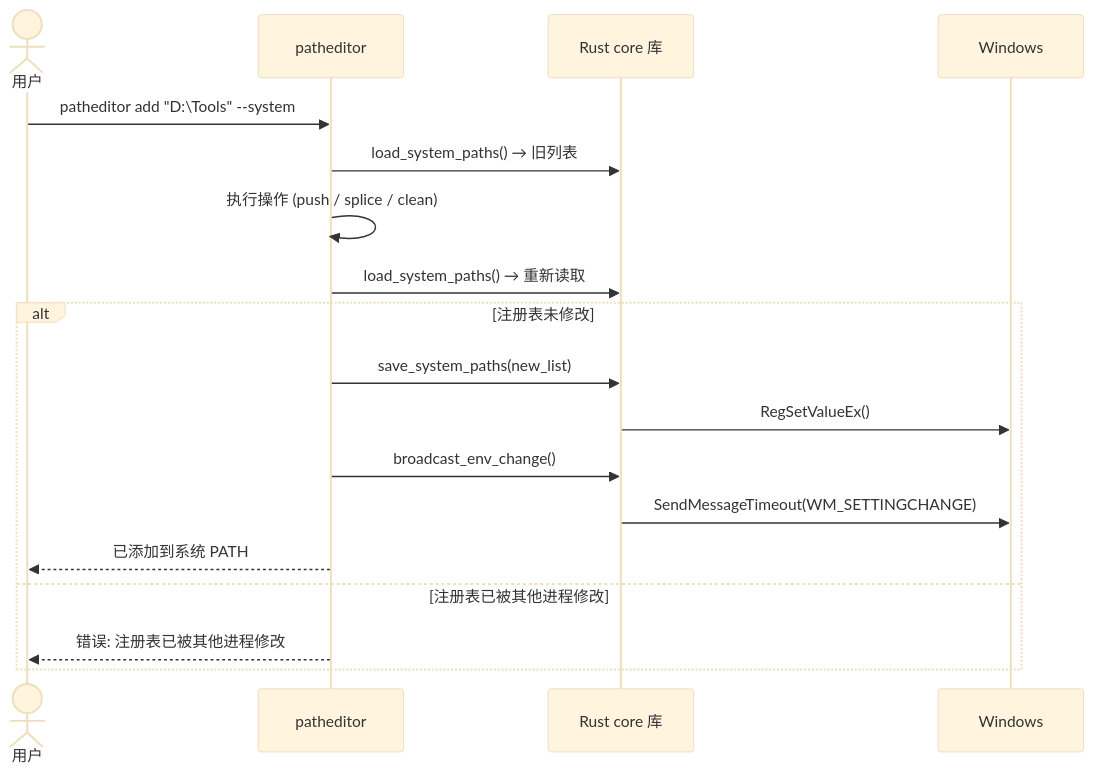
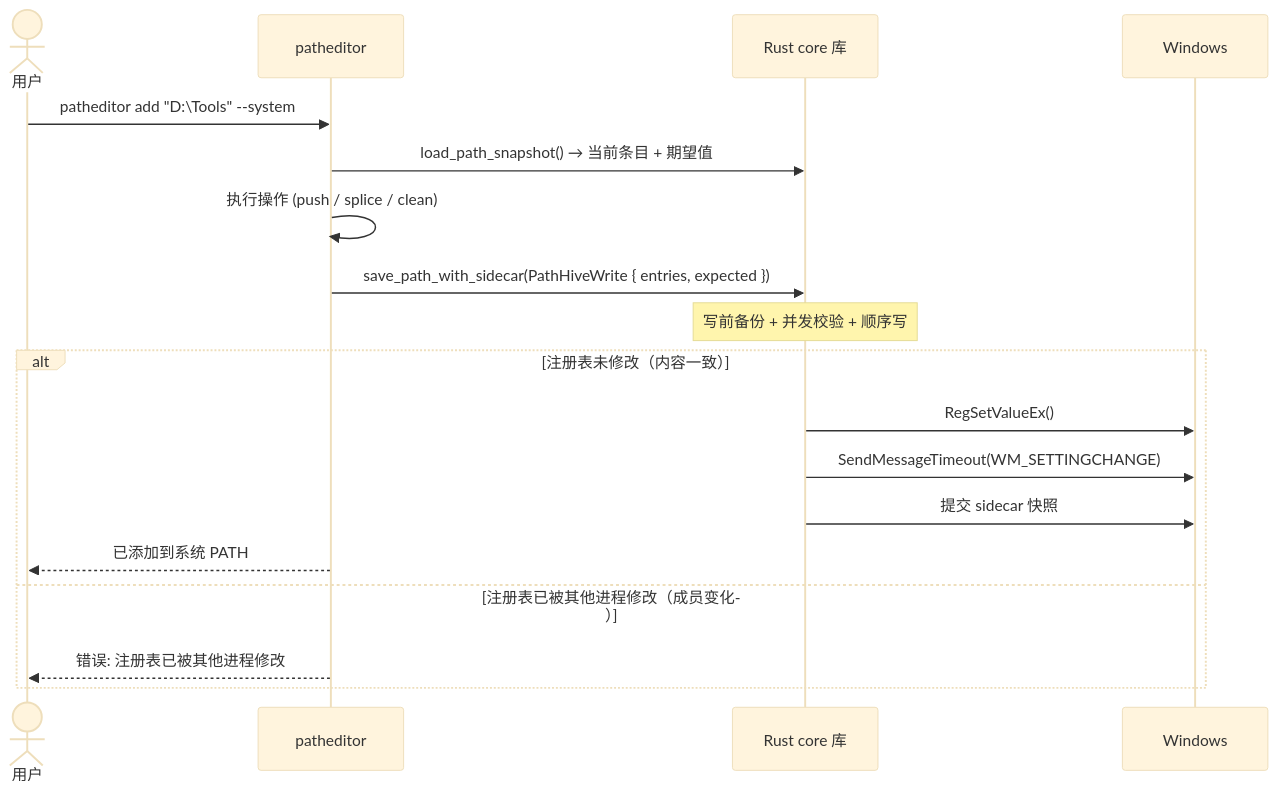
The fourth of 4 diagrams in README.md (LHY0125/PathEditor), drawn with Mermaid (base theme) before and after one commit. The commit also changed other lines of this file and 3 other files, not shown here.

````diff
--- a/README.md
+++ b/README.md
@@ -149,21 +148,21 @@
 ```mermaid
 sequenceDiagram
     actor U as 用户
     participant CLI as patheditor
     participant Core as Rust core 库
     participant Win as Windows
 
     U->>CLI: patheditor add "D:\Tools" --system
-    CLI->>Core: load_system_paths() → 旧列表
+    CLI->>Core: load_path_snapshot() → 当前条目 + 期望值
     CLI->>CLI: 执行操作 (push / splice / clean)
-    CLI->>Core: load_system_paths() → 重新读取
-    alt 注册表未修改
-        CLI->>Core: save_system_paths(new_list)
+    CLI->>Core: save_path_with_sidecar(PathHiveWrite { entries, expected })
+    Note over Core: 写前备份 + 并发校验 + 顺序写
+    alt 注册表未修改（内容一致）
         Core->>Win: RegSetValueEx()
-        CLI->>Core: broadcast_env_change()
         Core->>Win: SendMessageTimeout(WM_SETTINGCHANGE)
+        Core->>Win: 提交 sidecar 快照
         CLI-->>U: 已添加到系统 PATH
-    else 注册表已被其他进程修改
+    else 注册表已被其他进程修改（成员变化）
         CLI-->>U: 错误: 注册表已被其他进程修改
     end
 ```
````
